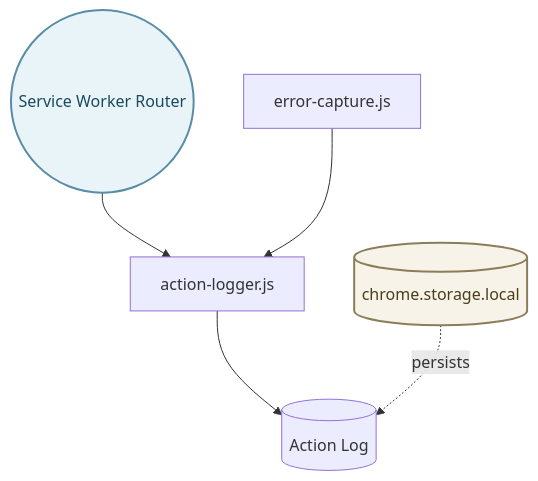
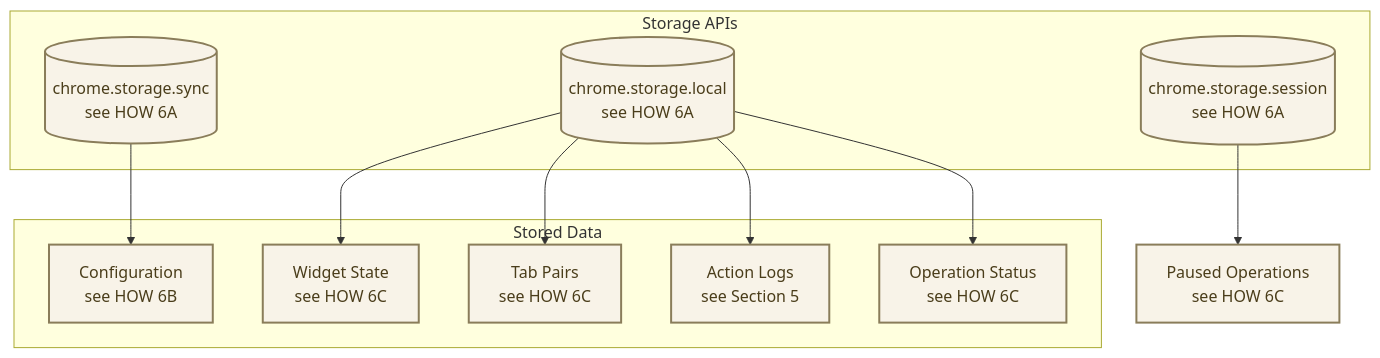
Before and after one commit to tdemelle-SiP/.claude: the fifth of 6 diagrams in guidelines/sip-printify-manager-extension-guidelines-v2.md, drawn with Mermaid. The commit also changed other lines of this file and 1 other file, not shown here.

````diff
--- a/guidelines/sip-printify-manager-extension-guidelines-v2.md
+++ b/guidelines/sip-printify-manager-extension-guidelines-v2.md
@@ -828,14 +579,28 @@
 ```mermaid
 graph TD
-  Router((Service Worker Router)) --> Logger[action-logger.js]
-  Logger --> ActionLog[(Action Log)]
-  ErrorCap[error-capture.js] --> Logger
-  Storage[(chrome.storage.local)] -. persists .-> ActionLog
+  subgraph "Storage APIs"
+    Local[(chrome.storage.local<br/>see HOW 6A)]
+    Sync[(chrome.storage.sync<br/>see HOW 6A)]
+    Session[(chrome.storage.session<br/>see HOW 6A)]
+  end
+  
+  subgraph "Stored Data"
+    Config[Configuration<br/>see HOW 6B]
+    State[Widget State<br/>see HOW 6C]
+    TabPairs[Tab Pairs<br/>see HOW 6C]
+    Logs[Action Logs<br/>see Section 5]
+    OpStatus[Operation Status<br/>see HOW 6C]
+  end
+  
+  Sync --> Config
+  Local --> State
+  Local --> TabPairs
+  Local --> Logs
+  Local --> OpStatus
+  Session --> Queue[Paused Operations<br/>see HOW 6C]
   
   %% Apply styles to match main architecture
-  classDef routerStyle fill:#e8f4f8,stroke:#5a8ca8,stroke-width:2px,color:#1a4a5c
   classDef storageStyle fill:#f8f3e8,stroke:#8a7d5a,stroke-width:2px,color:#4a3d1a
   
-  class Router routerStyle
-  class Storage storageStyle
+  class Local,Sync,Session,Config,State,TabPairs,Logs,OpStatus,Queue storageStyle
 ```
````
